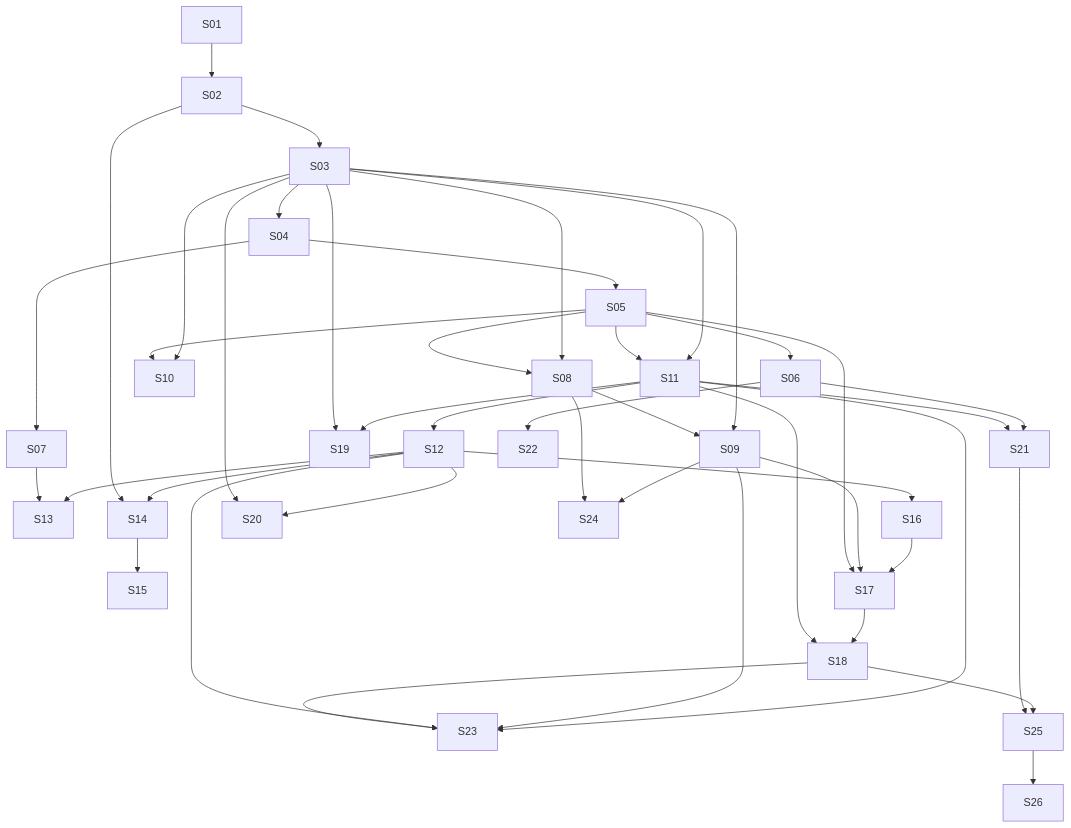
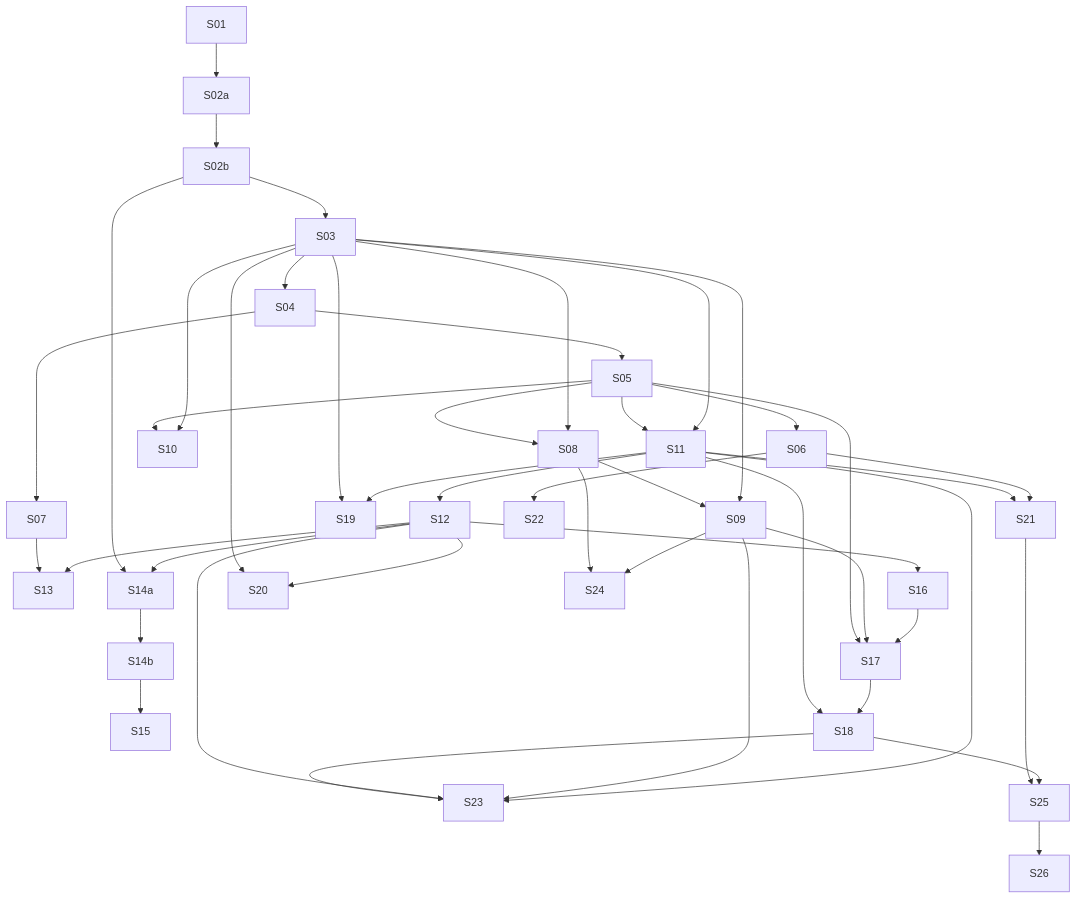
Before and after one commit to josealvim/alvim: the diagram in docs/roadmap.md, drawn with Mermaid. The commit also changed other lines of this file and 4 other files, not shown here.

````diff
--- a/docs/roadmap.md
+++ b/docs/roadmap.md
@@ -20,45 +22,47 @@
 ```mermaid
 graph TD
-  S01 --> S02
-  S02 --> S03
+  S01 --> S02a
+  S02a --> S02b
+  S02b --> S03
   S03 --> S04
   S04 --> S05
   S05 --> S06
   S04 --> S07
   S03 --> S08
   S05 --> S08
   S03 --> S09
   S08 --> S09
   S03 --> S10
   S05 --> S10
   S03 --> S11
   S05 --> S11
   S11 --> S12
   S12 --> S13
   S07 --> S13
-  S12 --> S14
-  S02 --> S14
-  S14 --> S15
+  S12 --> S14a
+  S02b --> S14a
+  S14a --> S14b
+  S14b --> S15
   S12 --> S16
   S16 --> S17
   S09 --> S17
   S05 --> S17
   S17 --> S18
   S11 --> S18
   S11 --> S19
   S03 --> S19
   S12 --> S20
   S03 --> S20
   S06 --> S21
   S11 --> S21
   S06 --> S22
   S11 --> S23
   S09 --> S23
   S12 --> S23
   S18 --> S23
   S09 --> S24
   S08 --> S24
   S18 --> S25
   S21 --> S25
   S25 --> S26
 ```
````
